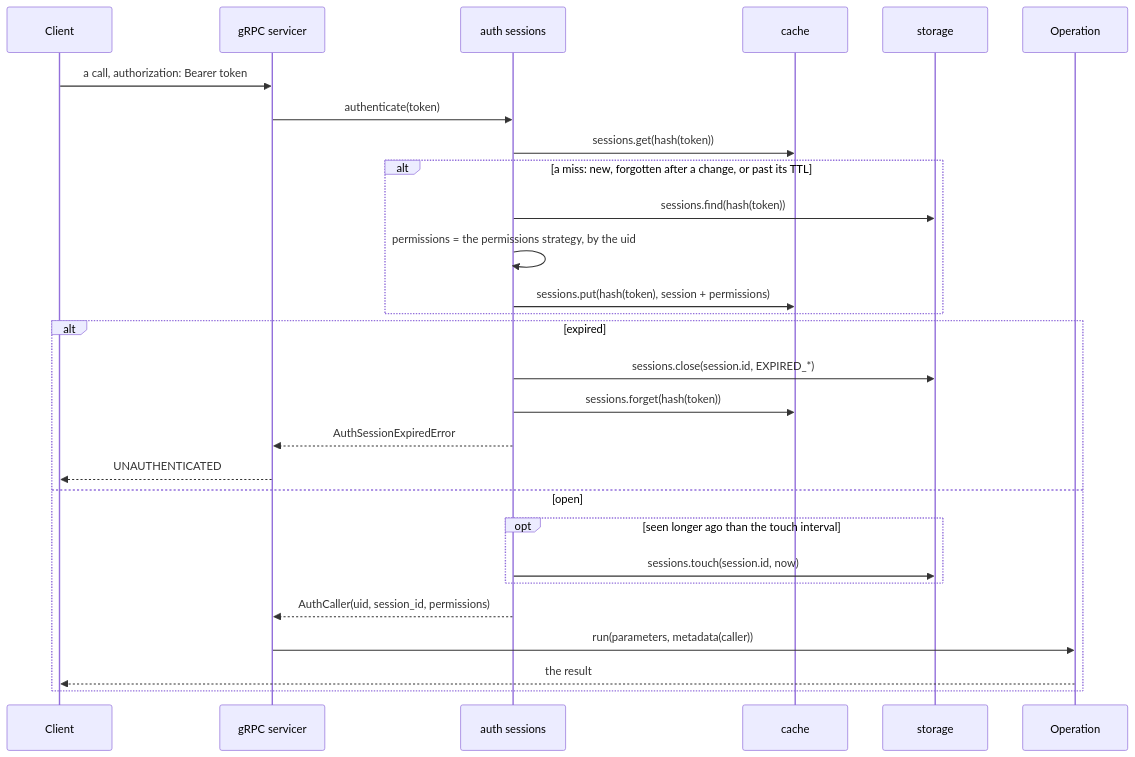
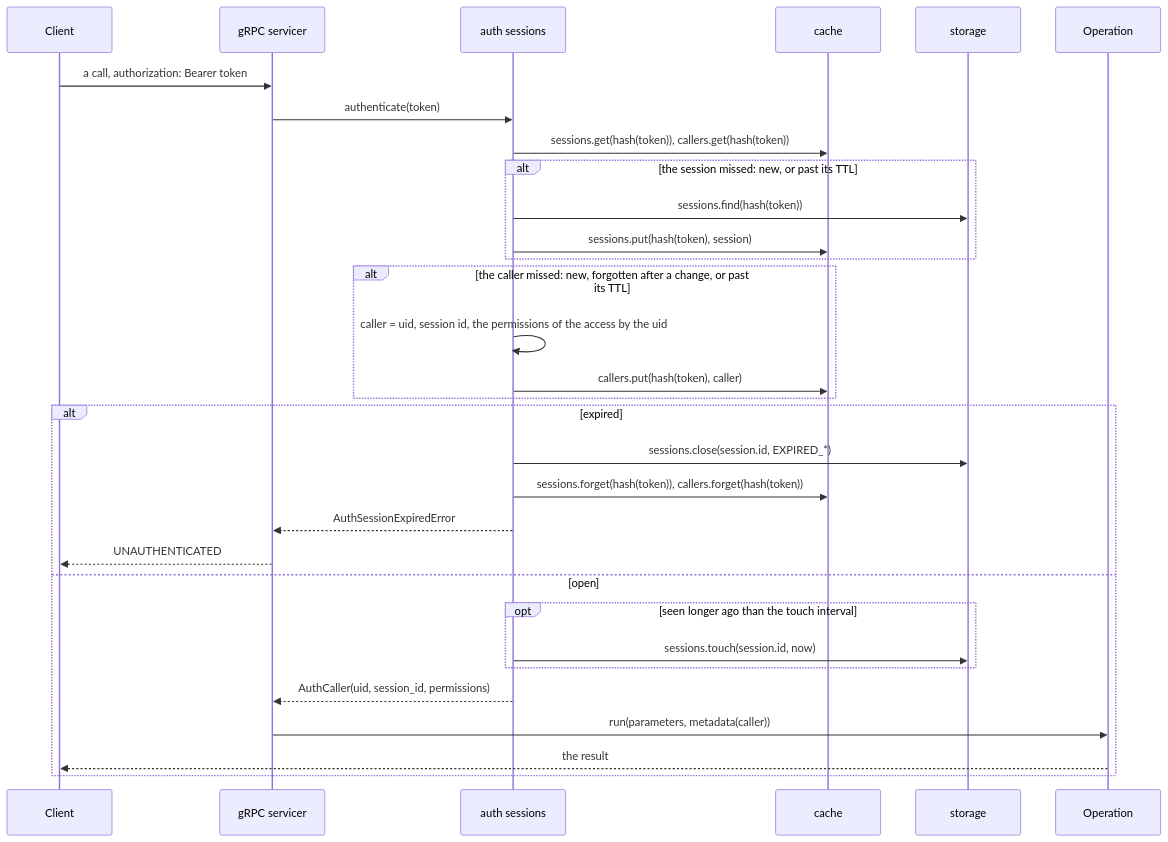
The second of 2 diagrams in docs/design/auth/sessions.md (ak-ingots/ingots-libs), drawn with Mermaid before and after one commit. The commit also changed other lines of this file and 4 other files, not shown here.

````diff
--- a/docs/design/auth/sessions.md
+++ b/docs/design/auth/sessions.md
@@ -84,30 +84,33 @@
 ```mermaid
 sequenceDiagram
     participant Client
     participant Servicer as gRPC servicer
     participant Sessions as auth sessions
     participant Cache as cache
     participant Storage as storage
     participant Operation
     Client->>Servicer: a call, authorization: Bearer token
     Servicer->>Sessions: authenticate(token)
-    Sessions->>Cache: sessions.get(hash(token))
-    alt a miss: new, forgotten after a change, or past its TTL
+    Sessions->>Cache: sessions.get(hash(token)), callers.get(hash(token))
+    alt the session missed: new, or past its TTL
         Sessions->>Storage: sessions.find(hash(token))
-        Sessions->>Sessions: permissions = the permissions strategy, by the uid
-        Sessions->>Cache: sessions.put(hash(token), session + permissions)
+        Sessions->>Cache: sessions.put(hash(token), session)
+    end
+    alt the caller missed: new, forgotten after a change, or past its TTL
+        Sessions->>Sessions: caller = uid, session id, the permissions of the access by the uid
+        Sessions->>Cache: callers.put(hash(token), caller)
     end
     alt expired
         Sessions->>Storage: sessions.close(session.id, EXPIRED_*)
-        Sessions->>Cache: sessions.forget(hash(token))
+        Sessions->>Cache: sessions.forget(hash(token)), callers.forget(hash(token))
         Sessions-->>Servicer: AuthSessionExpiredError
         Servicer-->>Client: UNAUTHENTICATED
     else open
         opt seen longer ago than the touch interval
             Sessions->>Storage: sessions.touch(session.id, now)
         end
         Sessions-->>Servicer: AuthCaller(uid, session_id, permissions)
         Servicer->>Operation: run(parameters, metadata(caller))
         Operation-->>Client: the result
     end
 ```
````
